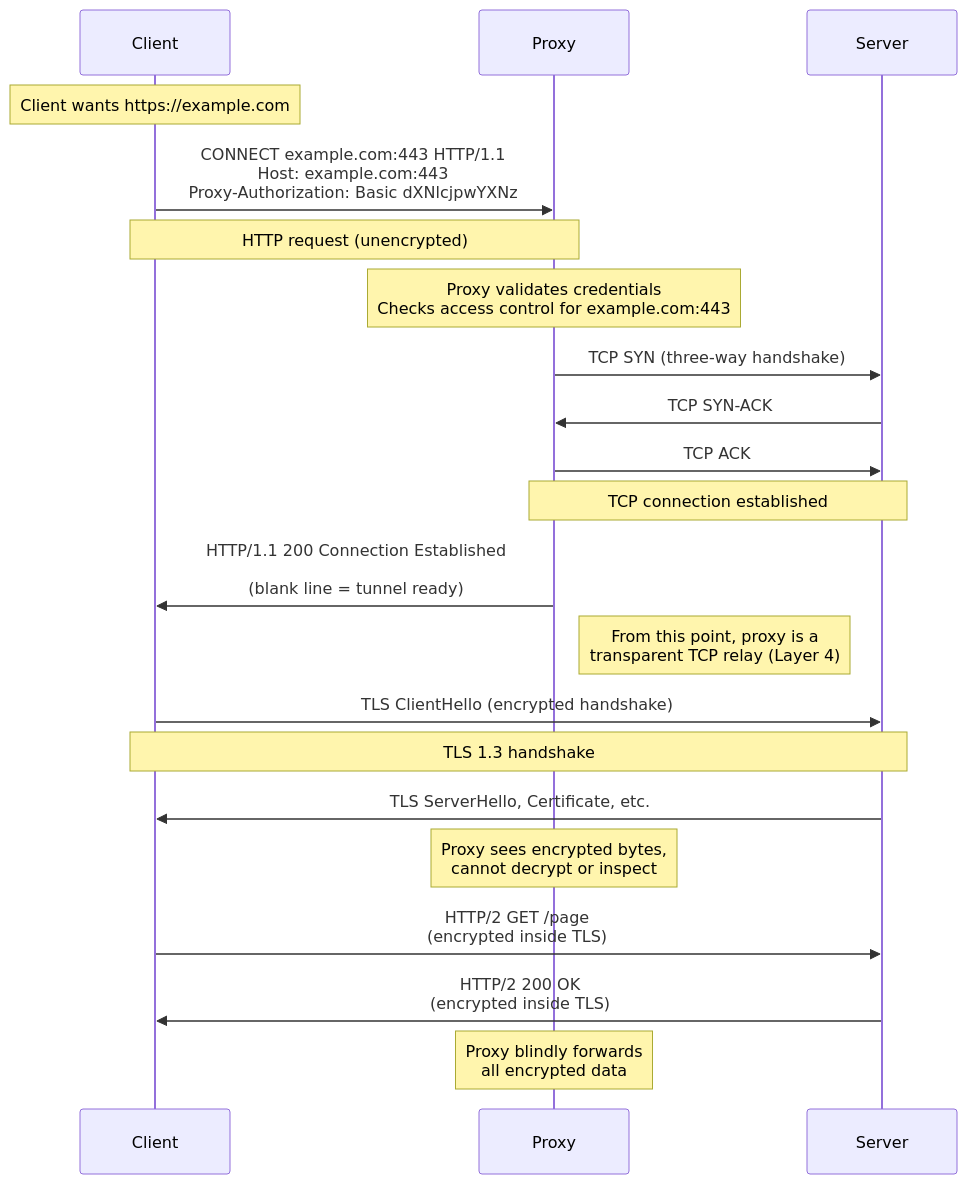
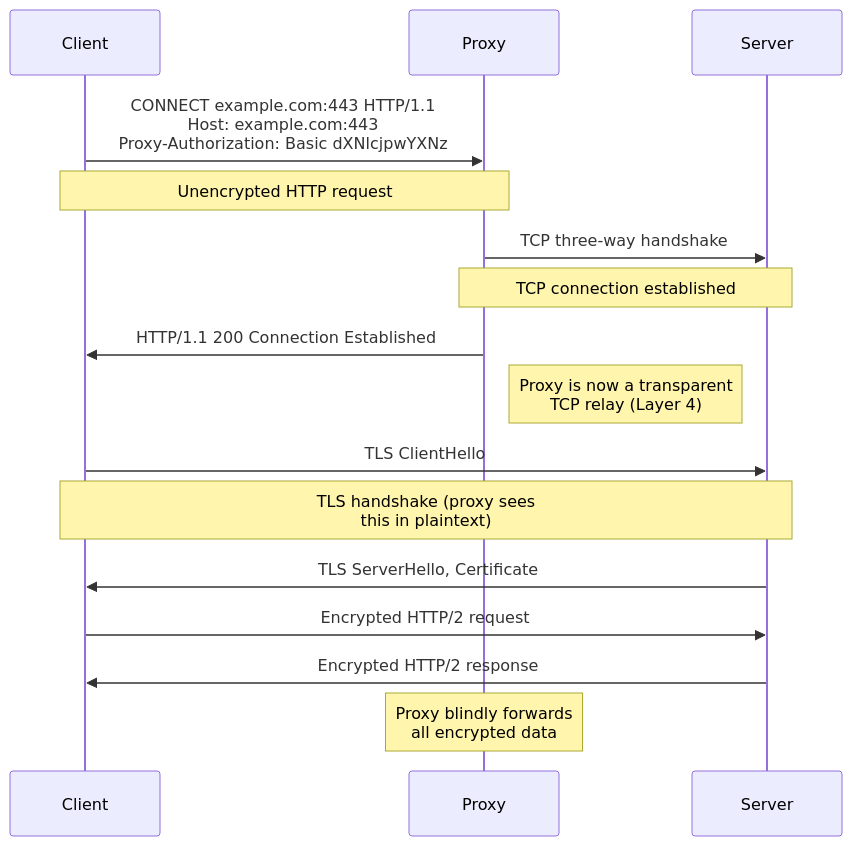
The second of 2 diagrams in docs/en/deep-dive/network/http-proxies.md (autoscrape-labs/pydoll), drawn with Mermaid before and after one commit. The commit also changed other lines of this file and 4 other files, not shown here.

````diff
--- a/docs/en/deep-dive/network/http-proxies.md
+++ b/docs/en/deep-dive/network/http-proxies.md
@@ -277,33 +71,25 @@
 ```mermaid
 sequenceDiagram
     participant Client
     participant Proxy
     participant Server
-    
-    Note over Client: Client wants https://example.com
-    
+
     Client->>Proxy: CONNECT example.com:443 HTTP/1.1<br/>Host: example.com:443<br/>Proxy-Authorization: Basic dXNlcjpwYXNz
-    Note over Client,Proxy: HTTP request (unencrypted)
-    
-    Note over Proxy: Proxy validates credentials<br/>Checks access control for example.com:443
-    
-    Proxy->>Server: TCP SYN (three-way handshake)
-    Server->>Proxy: TCP SYN-ACK
-    Proxy->>Server: TCP ACK
+    Note over Client,Proxy: Unencrypted HTTP request
+
+    Proxy->>Server: TCP three-way handshake
     Note over Proxy,Server: TCP connection established
-    
-    Proxy->>Client: HTTP/1.1 200 Connection Established<br/><br/>(blank line = tunnel ready)
-    
-    Note right of Proxy: From this point, proxy is a<br/>transparent TCP relay (Layer 4)
-    
-    Client->>Server: TLS ClientHello (encrypted handshake)
-    Note over Client,Server: TLS 1.3 handshake
-    Server->>Client: TLS ServerHello, Certificate, etc.
-    
-    Note over Proxy: Proxy sees encrypted bytes,<br/>cannot decrypt or inspect
-    
-    Client->>Server: HTTP/2 GET /page<br/>(encrypted inside TLS)
-    Server->>Client: HTTP/2 200 OK<br/>(encrypted inside TLS)
-    
+
+    Proxy->>Client: HTTP/1.1 200 Connection Established
+
+    Note right of Proxy: Proxy is now a transparent<br/>TCP relay (Layer 4)
+
+    Client->>Server: TLS ClientHello
+    Note over Client,Server: TLS handshake (proxy sees<br/>this in plaintext)
+    Server->>Client: TLS ServerHello, Certificate
+
+    Client->>Server: Encrypted HTTP/2 request
+    Server->>Client: Encrypted HTTP/2 response
+
     Note over Proxy: Proxy blindly forwards<br/>all encrypted data
 ```
````
